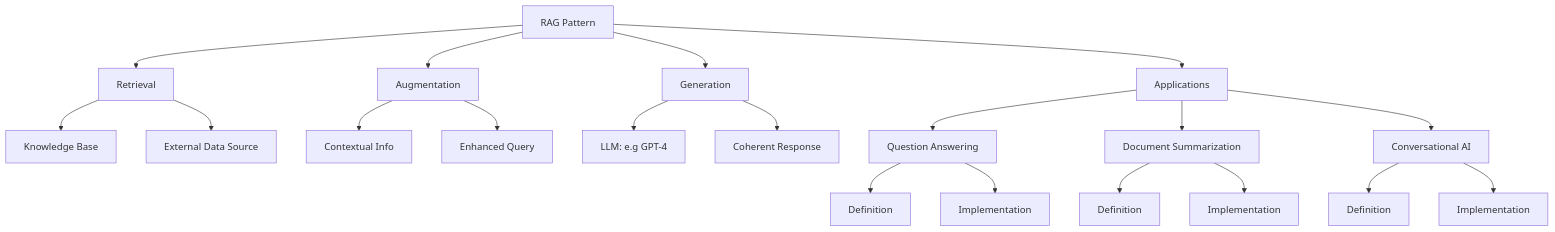
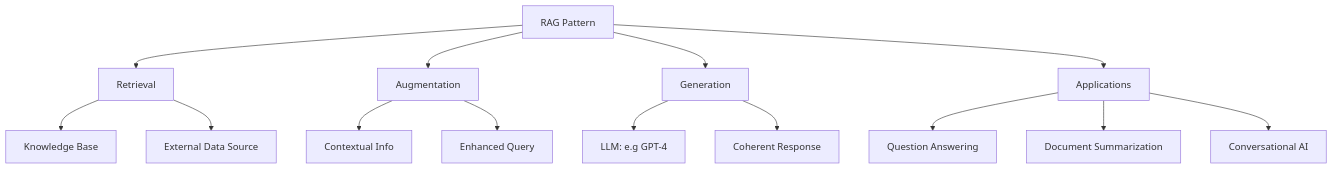
Before and after one commit to Cloud2BR-MSFTLearningHub/RAG-ChatBot-Implementation: the second of 2 diagrams in 0_RAG_Overview.md, drawn with Mermaid.

Commit message:
docs: simplify RAG applications diagram

````diff
--- a/0_RAG_Overview.md
+++ b/0_RAG_Overview.md
@@ -67,23 +67,17 @@
 ```mermaid
  graph TD
     A[RAG Pattern]
     A --> B[Retrieval]
     B --> C[Knowledge Base]
     B --> D[External Data Source]
     A --> E[Augmentation]
     E --> F[Contextual Info]
     E --> G[Enhanced Query]
     A --> H[Generation]
     H --> I[LLM: e.g GPT-4]
     H --> J[Coherent Response]
     A --> K[Applications]
     K --> L[Question Answering]
-    L --> M[Definition]
-    L --> N[Implementation]
     K --> O[Document Summarization]
-    O --> P[Definition]
-    O --> Q[Implementation]
     K --> R[Conversational AI]
-    R --> S[Definition]
-    R --> T[Implementation]
 ```
````
